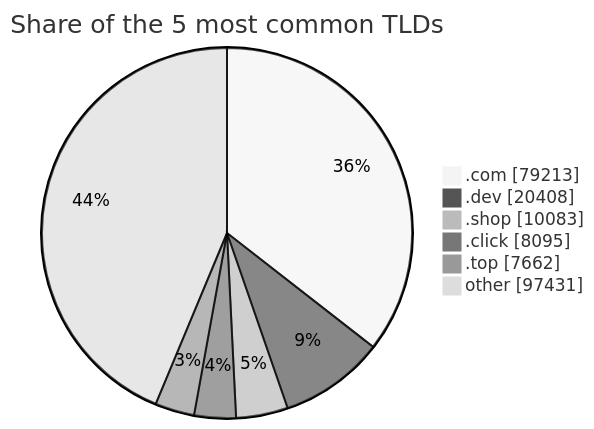
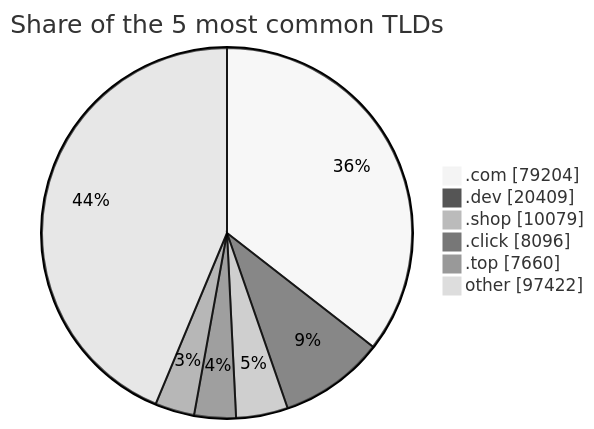
The third of 3 diagrams in README.md (DNSBunker/CTI), drawn with Mermaid (neutral theme) before and after one commit. The commit also changed other lines of this file and 3 other files, not shown here.

````diff
--- a/README.md
+++ b/README.md
@@ -81,9 +81,9 @@
 ```mermaid
 pie showData title Share of the 5 most common TLDs
-    ".com" : 79213
-    ".dev" : 20408
-    ".shop" : 10083
-    ".click" : 8095
-    ".top" : 7662
-    "other" : 97431
+    ".com" : 79204
+    ".dev" : 20409
+    ".shop" : 10079
+    ".click" : 8096
+    ".top" : 7660
+    "other" : 97422
 ```
````
